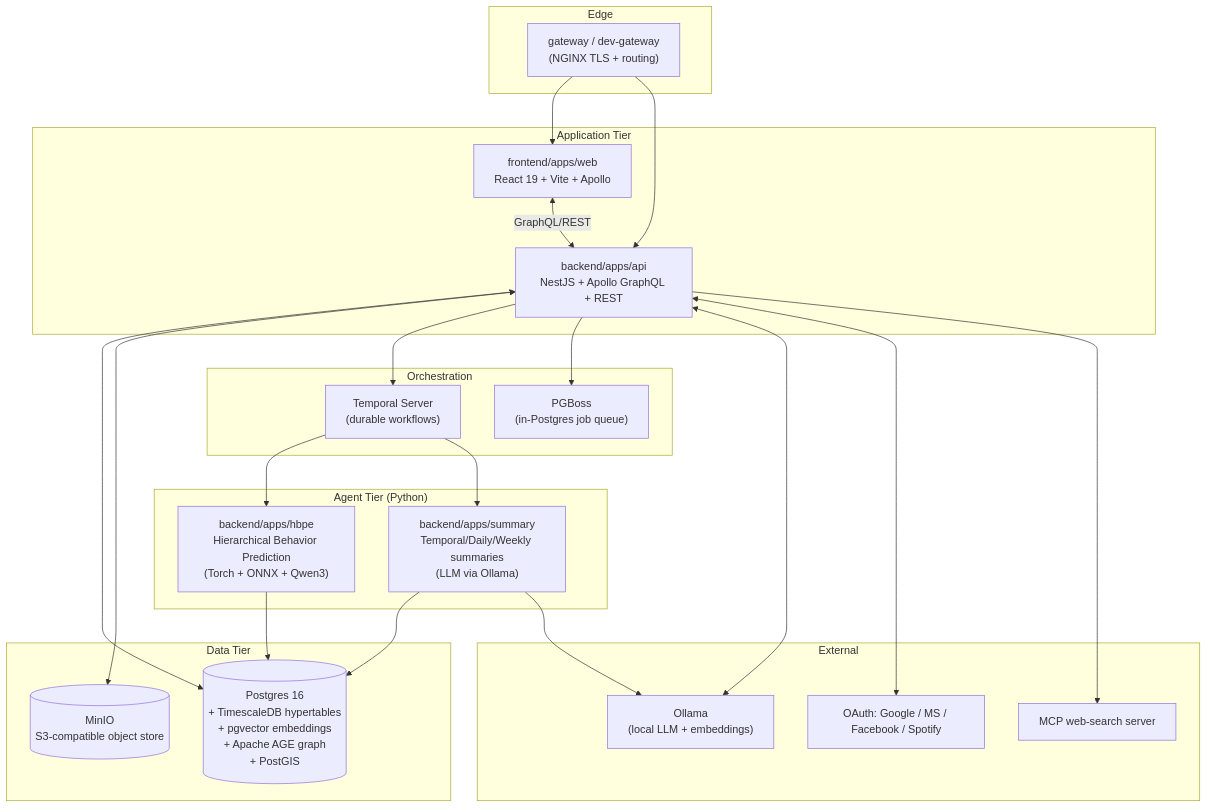
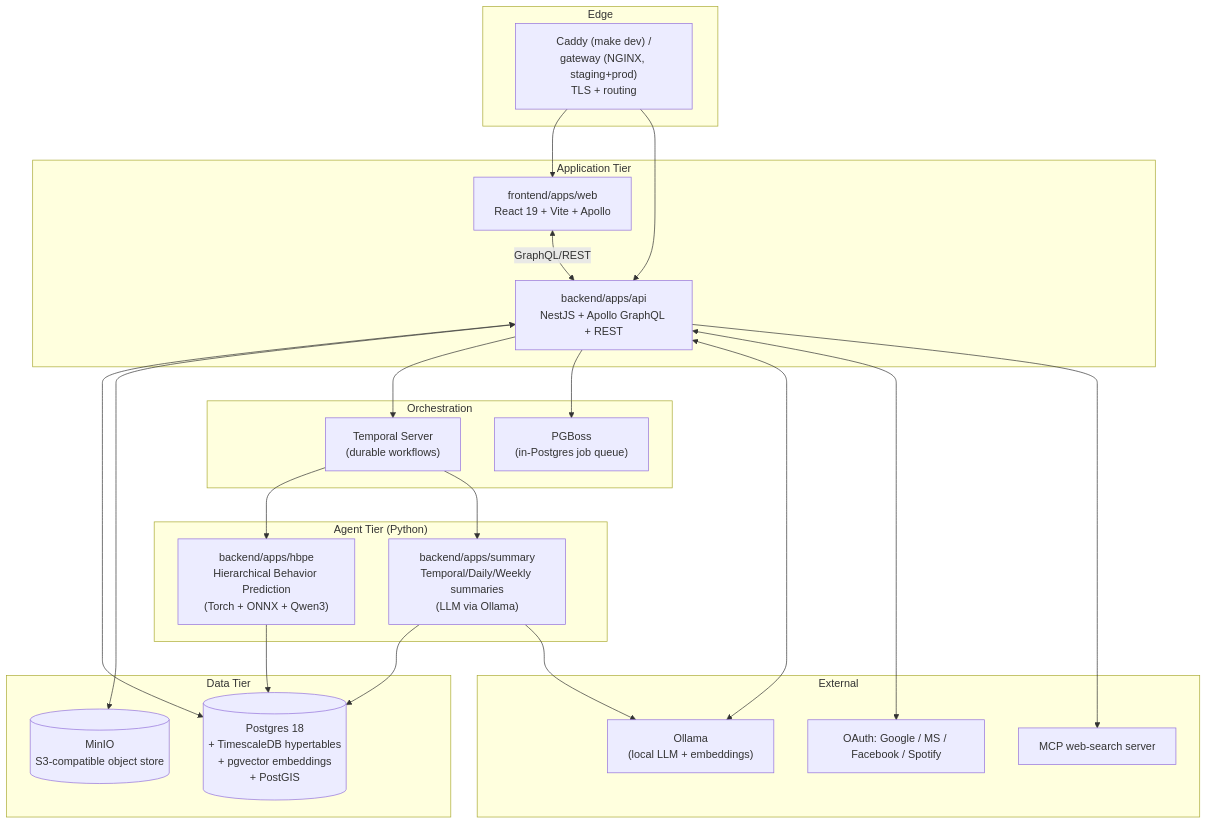
One commit to bennettchamberlain/Requiemv1 changed the second of 6 diagrams in docs/architecture/architecture.md. Above: the diagram before and after it, drawn with Mermaid. The commit also changed other lines of this file and 16 other files, not shown here.

````diff
--- a/docs/architecture/architecture.md
+++ b/docs/architecture/architecture.md
@@ -95,48 +101,48 @@
 ```mermaid
 flowchart TB
     subgraph Edge
-      NGINX["gateway / dev-gateway<br/>(NGINX TLS + routing)"]
+      NGINX["Caddy (make dev) /<br/>gateway (NGINX, staging+prod)<br/>TLS + routing"]
     end
 
     subgraph App["Application Tier"]
       WEB["frontend/apps/web<br/>React 19 + Vite + Apollo"]
       API["backend/apps/api<br/>NestJS + Apollo GraphQL + REST"]
     end
 
     subgraph Agents["Agent Tier (Python)"]
       HBPE["backend/apps/hbpe<br/>Hierarchical Behavior Prediction<br/>(Torch + ONNX + Qwen3)"]
       SUM["backend/apps/summary<br/>Temporal/Daily/Weekly summaries<br/>(LLM via Ollama)"]
     end
 
     subgraph Data["Data Tier"]
-      PG[("Postgres 16<br/>+ TimescaleDB hypertables<br/>+ pgvector embeddings<br/>+ Apache AGE graph<br/>+ PostGIS")]
+      PG[("Postgres 18<br/>+ TimescaleDB hypertables<br/>+ pgvector embeddings<br/>+ PostGIS")]
       OBJ[("MinIO<br/>S3-compatible object store")]
     end
 
     subgraph Orchestration
       TEMP["Temporal Server<br/>(durable workflows)"]
       PGBOSS["PGBoss<br/>(in-Postgres job queue)"]
     end
 
     subgraph External
       OLLAMA["Ollama<br/>(local LLM + embeddings)"]
       OAUTH["OAuth: Google / MS / Facebook / Spotify"]
       MCPWS["MCP web-search server"]
     end
 
     NGINX --> WEB
     NGINX --> API
     WEB <-- "GraphQL/REST" --> API
     API <--> PG
     API <--> OBJ
     API --> TEMP
     API --> PGBOSS
     API <--> OLLAMA
     API <--> OAUTH
     API --> MCPWS
     TEMP --> HBPE
     TEMP --> SUM
     HBPE --> PG
     SUM --> PG
     SUM --> OLLAMA
 ```
````
